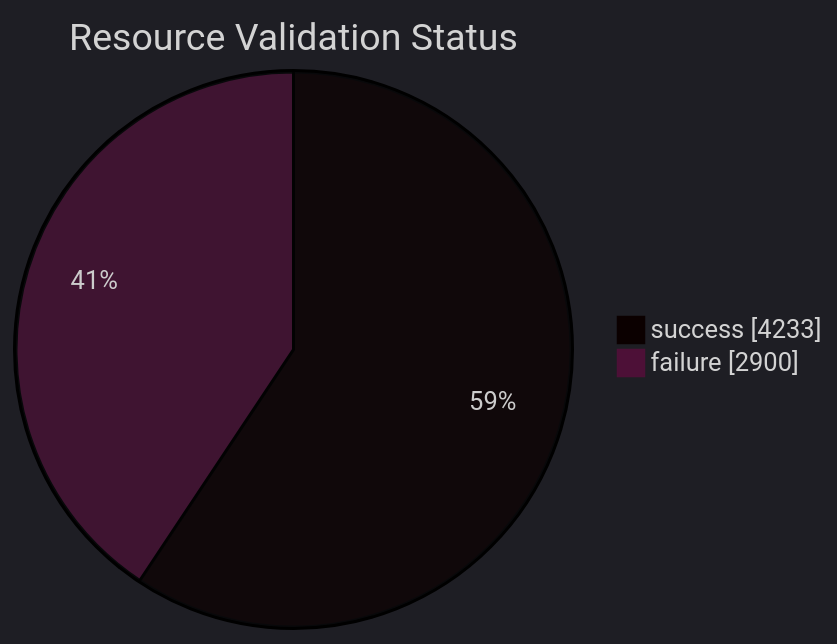
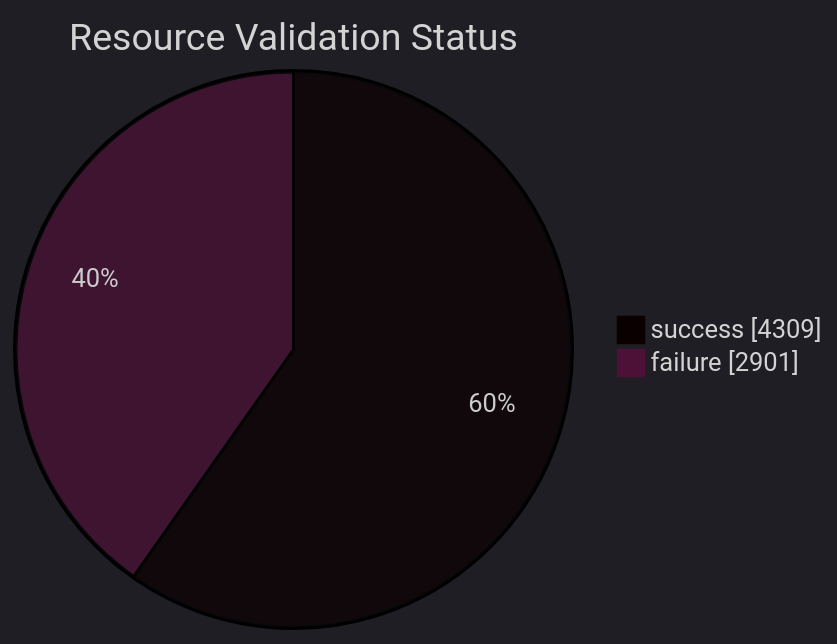
Before and after one commit to open-data/analytics-corporate-reporting: the diagram in datastore_tracker/resource_validation_status_pie_chart.md, drawn with Mermaid. The commit also changed 9 other files, not shown here.

````diff
--- a/datastore_tracker/resource_validation_status_pie_chart.md
+++ b/datastore_tracker/resource_validation_status_pie_chart.md
@@ -2,9 +2,9 @@
 ```mermaid
 ---
 config:
   theme: dark
 ---
 pie showData title Resource Validation Status
-    "success": 4233
-    "failure": 2900
+    "success": 4309
+    "failure": 2901
 ```
````
